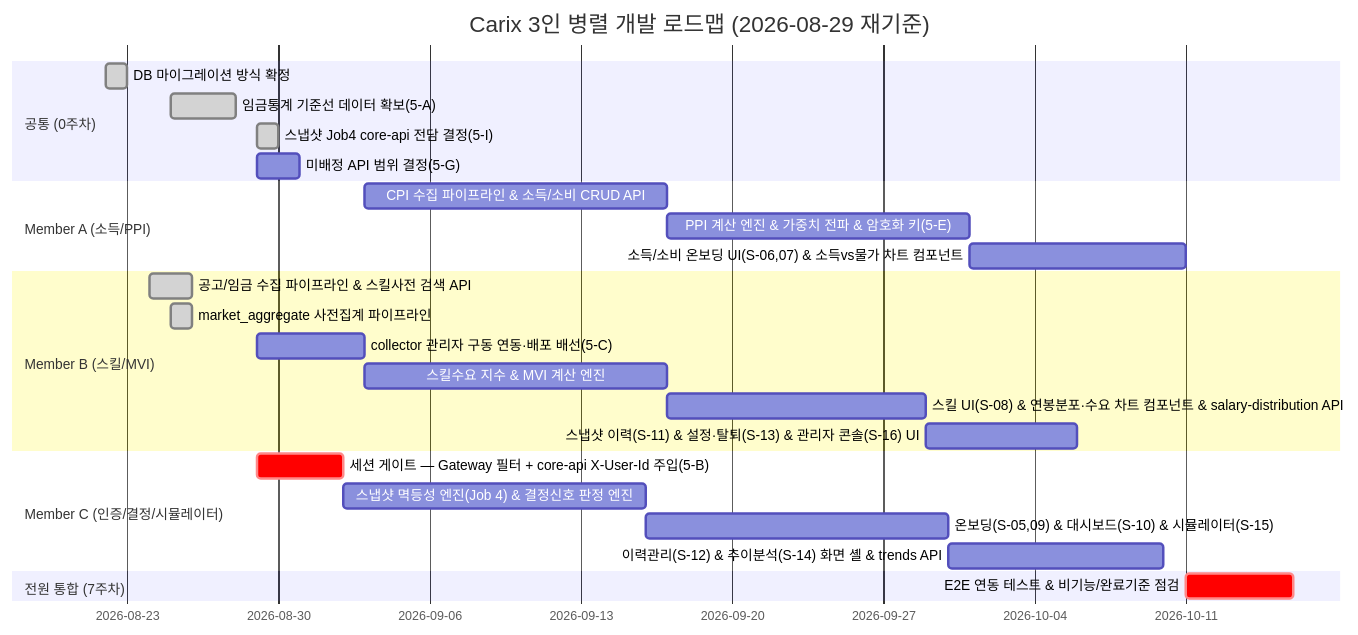
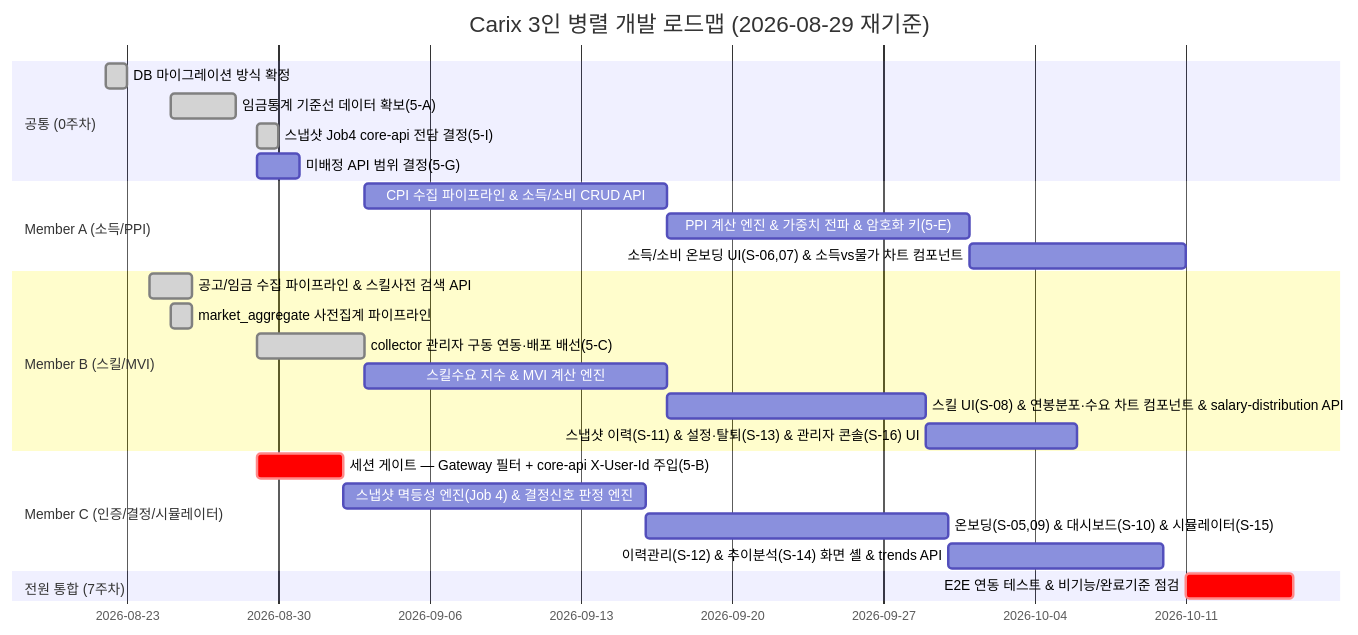
The first of 2 diagrams in docs/plans/carix-dev-plan.md (SeoHyeokGyu/Carix), drawn with Mermaid before and after one commit. The commit also changed other lines of this file, not shown here.

Commit message:
docs(plan): §5-C collector 관리자 구동 연동 및 배포 배선 완료 상태 반영

````diff
--- a/docs/plans/carix-dev-plan.md
+++ b/docs/plans/carix-dev-plan.md
@@ -115,28 +115,28 @@
 ```mermaid
 gantt
     title Carix 3인 병렬 개발 로드맵 (2026-08-29 재기준)
     dateFormat  YYYY-MM-DD
     section 공통 (0주차)
     DB 마이그레이션 방식 확정 :done, c0a, 2026-08-22, 1d
     임금통계 기준선 데이터 확보(5-A) :done, a0, 2026-08-25, 3d
     스냅샷 Job4 core-api 전담 결정(5-I) :done, i0, 2026-08-29, 1d
     미배정 API 범위 결정(5-G) :c0, 2026-08-29, 2d
     section Member A (소득/PPI)
     CPI 수집 파이프라인 & 소득/소비 CRUD API :a1, after b0, 14d
     PPI 계산 엔진 & 가중치 전파 & 암호화 키(5-E) :a2, after a1, 14d
     소득/소비 온보딩 UI(S-06,07) & 소득vs물가 차트 컴포넌트 :a3, after a2, 10d
     section Member B (스킬/MVI)
     공고/임금 수집 파이프라인 & 스킬사전 검색 API :done, b1, 2026-08-24, 2d
     market_aggregate 사전집계 파이프라인 :done, b2a, 2026-08-25, 1d
-    collector 관리자 구동 연동·배포 배선(5-C) :b0, 2026-08-29, 5d
+    collector 관리자 구동 연동·배포 배선(5-C) :done, b0, 2026-08-29, 5d
     스킬수요 지수 & MVI 계산 엔진 :b2, after b0, 14d
     스킬 UI(S-08) & 연봉분포·수요 차트 컴포넌트 & salary-distribution API :b3, after b2, 12d
     스냅샷 이력(S-11) & 설정·탈퇴(S-13) & 관리자 콘솔(S-16) UI :b4, after b3, 7d
     section Member C (인증/결정/시뮬레이터)
     세션 게이트 — Gateway 필터 + core-api X-User-Id 주입(5-B) :crit, c0b, 2026-08-29, 4d
     스냅샷 멱등성 엔진(Job 4) & 결정신호 판정 엔진 :c2, after c0b, 14d
     온보딩(S-05,09) & 대시보드(S-10) & 시뮬레이터(S-15) :c3, after c2, 14d
     이력관리(S-12) & 추이분석(S-14) 화면 셸 & trends API :c4, after c3, 10d
     section 전원 통합 (7주차)
     E2E 연동 테스트 & 비기능/완료기준 점검 :crit, e2e, after a3 b4 c4, 5d
 ```
````
